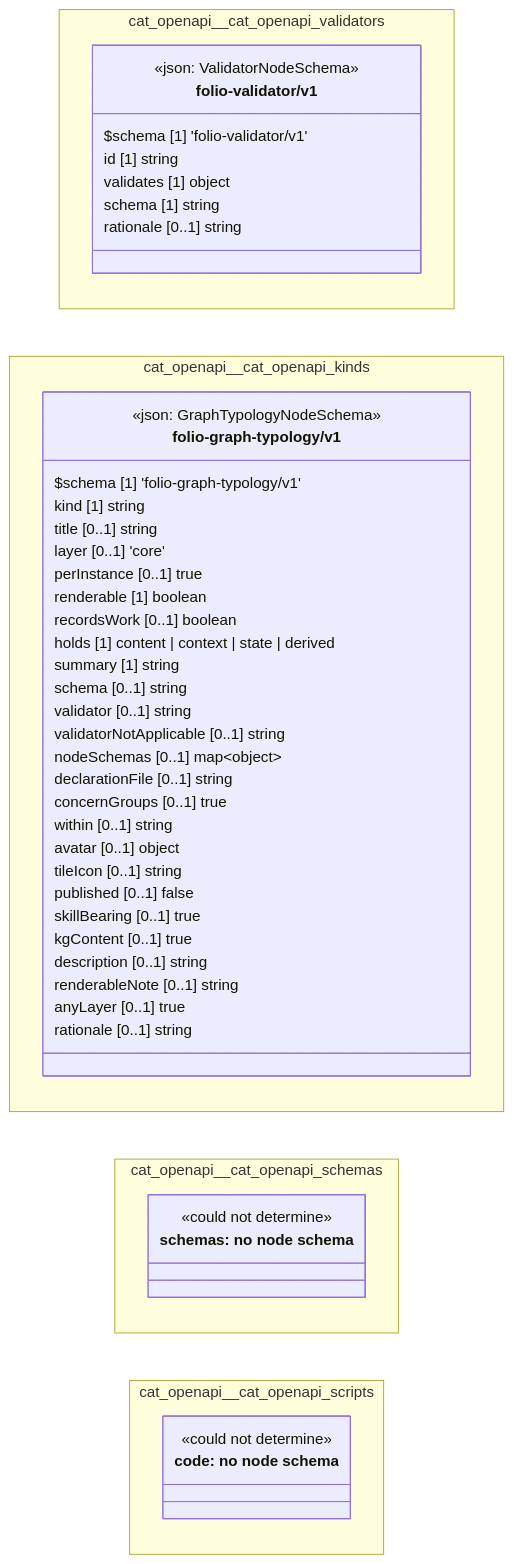
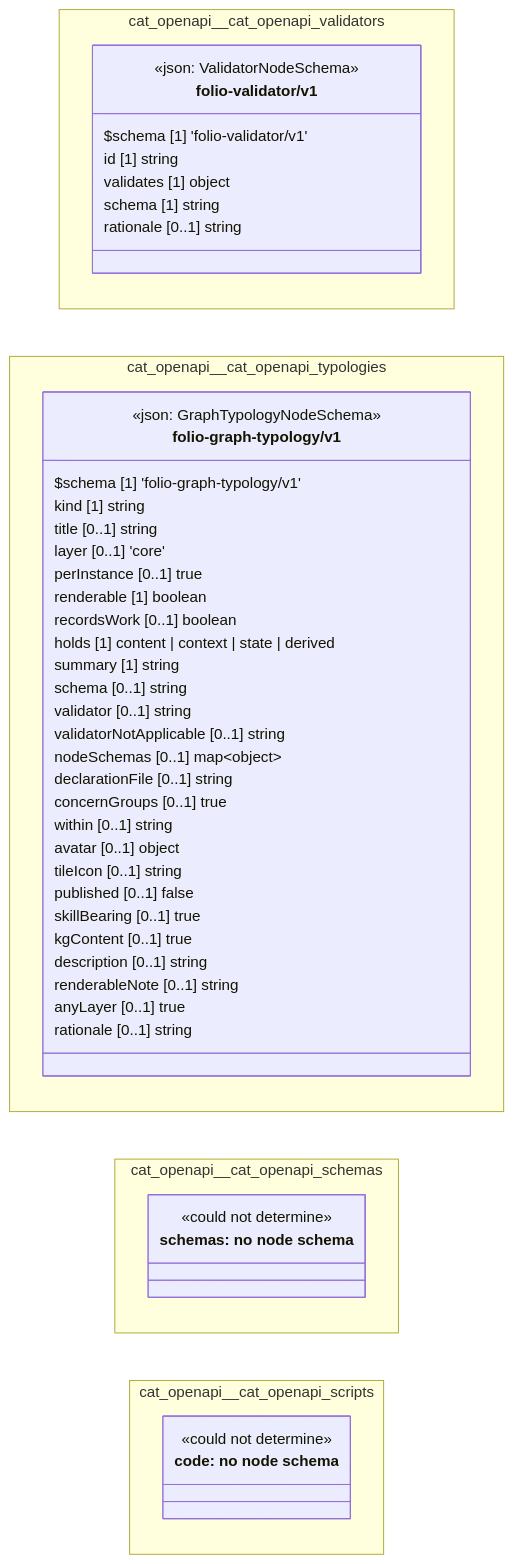
The diagram in cat-harness/docs/uml/overview/cat-openapi.md (litlfred/folio-assistant), drawn with Mermaid before and after one commit. The commit also changed other lines of this file and 435 other files, not shown here.

First line of the commit message:
Regenerate artefacts for the graph-typology rename; pin bootstrap-tools to its merge (litlfred/bootstrap-tools#10)

````diff
--- a/cat-harness/docs/uml/overview/cat-openapi.md
+++ b/cat-harness/docs/uml/overview/cat-openapi.md
@@ -48,60 +48,60 @@
 ```mermaid
 classDiagram
   direction LR
   namespace cat_openapi__cat_openapi_validators {
     class cat_openapi_cat_openapi_validators_folio_validator_v1_folio_validator_v1["folio-validator/v1"] {
       <<json: ValidatorNodeSchema>>
       $schema [1] 'folio-validator/v1'
       id [1] string
       validates [1] object
       schema [1] string
       rationale [0..1] string
     }
   }
-  namespace cat_openapi__cat_openapi_kinds {
-    class cat_openapi_cat_openapi_kinds_folio_graph_typology_v1_folio_graph_typology_v1["folio-graph-typology/v1"] {
+  namespace cat_openapi__cat_openapi_typologies {
+    class cat_openapi_cat_openapi_typologies_folio_graph_typology_v1_folio_graph_typology_v1["folio-graph-typology/v1"] {
       <<json: GraphTypologyNodeSchema>>
       $schema [1] 'folio-graph-typology/v1'
       kind [1] string
       title [0..1] string
       layer [0..1] 'core'
       perInstance [0..1] true
       renderable [1] boolean
       recordsWork [0..1] boolean
       holds [1] content | context | state | derived
       summary [1] string
       schema [0..1] string
       validator [0..1] string
       validatorNotApplicable [0..1] string
       nodeSchemas [0..1] map~object~
       declarationFile [0..1] string
       concernGroups [0..1] true
       within [0..1] string
       avatar [0..1] object
       tileIcon [0..1] string
       published [0..1] false
       skillBearing [0..1] true
       kgContent [0..1] true
       description [0..1] string
       renderableNote [0..1] string
       anyLayer [0..1] true
       rationale [0..1] string
     }
   }
   namespace cat_openapi__cat_openapi_schemas {
     class n_cat_openapi_cat_openapi_schemas_schemas["schemas: no node schema"] {
       <<could not determine>>
     }
   }
   namespace cat_openapi__cat_openapi_scripts {
     class n_cat_openapi_cat_openapi_scripts_code["code: no node schema"] {
       <<could not determine>>
     }
   }
   cssClass "cat_openapi_cat_openapi_validators_folio_validator_v1_folio_validator_v1" fa_uml_kind_validators
-  cssClass "cat_openapi_cat_openapi_kinds_folio_graph_typology_v1_folio_graph_typology_v1" fa_uml_kind_kinds
+  cssClass "cat_openapi_cat_openapi_typologies_folio_graph_typology_v1_folio_graph_typology_v1" fa_uml_kind_typologies
   cssClass "n_cat_openapi_cat_openapi_schemas_schemas" fa_uml_kind_schemas
   cssClass "n_cat_openapi_cat_openapi_schemas_schemas" fa_uml_undetermined
   cssClass "n_cat_openapi_cat_openapi_scripts_code" fa_uml_kind_code
   cssClass "n_cat_openapi_cat_openapi_scripts_code" fa_uml_undetermined
 ```
````
